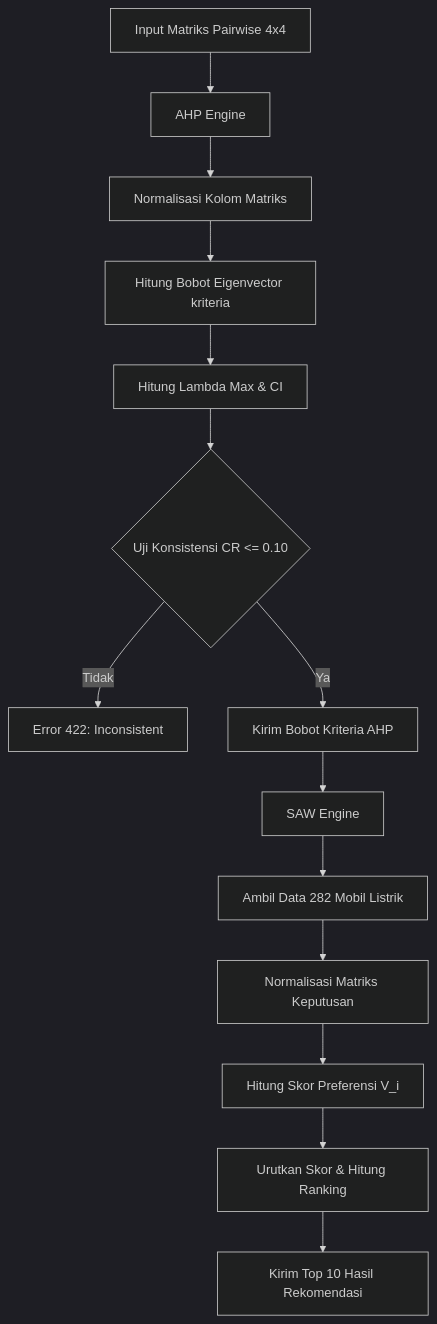
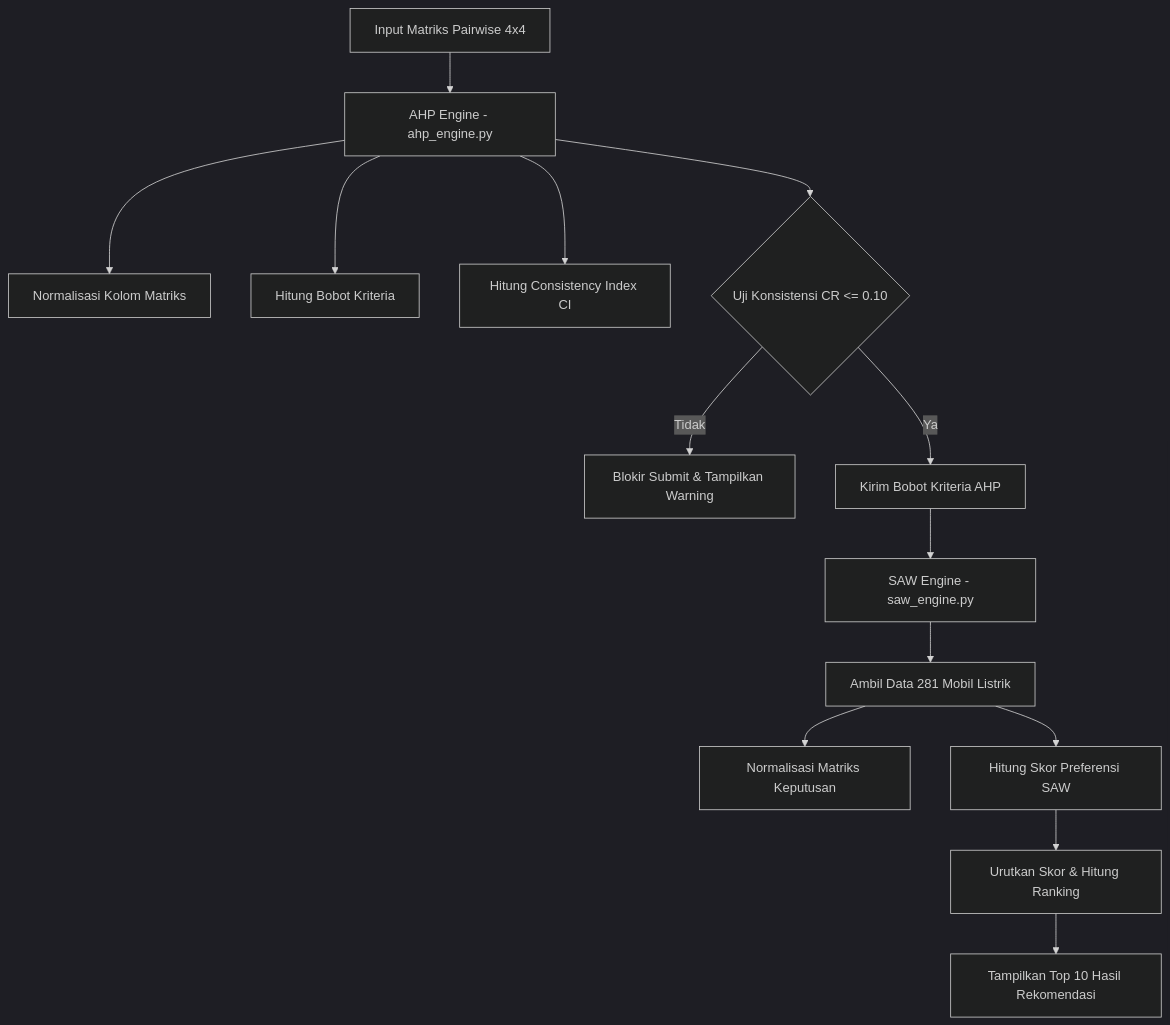
One commit to Bagaspermana0/SPK_EV changed the second of 2 diagrams in BAB_3_Arsitektur_Sistem.md. Above: the diagram before and after it, drawn with Mermaid (dark theme). The commit also changed other lines of this file, not shown here.

````diff
--- a/BAB_3_Arsitektur_Sistem.md
+++ b/BAB_3_Arsitektur_Sistem.md
@@ -65,17 +62,17 @@
 ```mermaid
 flowchart TD
-    A[Input Matriks Pairwise 4x4] --> B[AHP Engine]
+    A[Input Matriks Pairwise 4x4] --> B[AHP Engine - ahp_engine.py]
     B --> B1[Normalisasi Kolom Matriks]
-    B1 --> B2[Hitung Bobot Eigenvector kriteria]
-    B2 --> B3[Hitung Lambda Max & CI]
-    B3 --> B4{Uji Konsistensi CR <= 0.10}
-    B4 -- Tidak --> B_Err[Error 422: Inconsistent]
+    B --> B2[Hitung Bobot Kriteria]
+    B --> B3[Hitung Consistency Index CI]
+    B --> B4{Uji Konsistensi CR <= 0.10}
+    B4 -- Tidak --> B_Err[Blokir Submit & Tampilkan Warning]
     B4 -- Ya --> C[Kirim Bobot Kriteria AHP]
     
-    C --> D[SAW Engine]
-    D --> D1[Ambil Data 282 Mobil Listrik]
+    C --> D[SAW Engine - saw_engine.py]
+    D --> D1[Ambil Data 281 Mobil Listrik]
     D1 --> D2[Normalisasi Matriks Keputusan]
-    D2 --> D3[Hitung Skor Preferensi V_i]
+    D1 --> D3[Hitung Skor Preferensi SAW]
     D3 --> D4[Urutkan Skor & Hitung Ranking]
-    D4 --> E[Kirim Top 10 Hasil Rekomendasi]
+    D4 --> E[Tampilkan Top 10 Hasil Rekomendasi]
 ```
````
